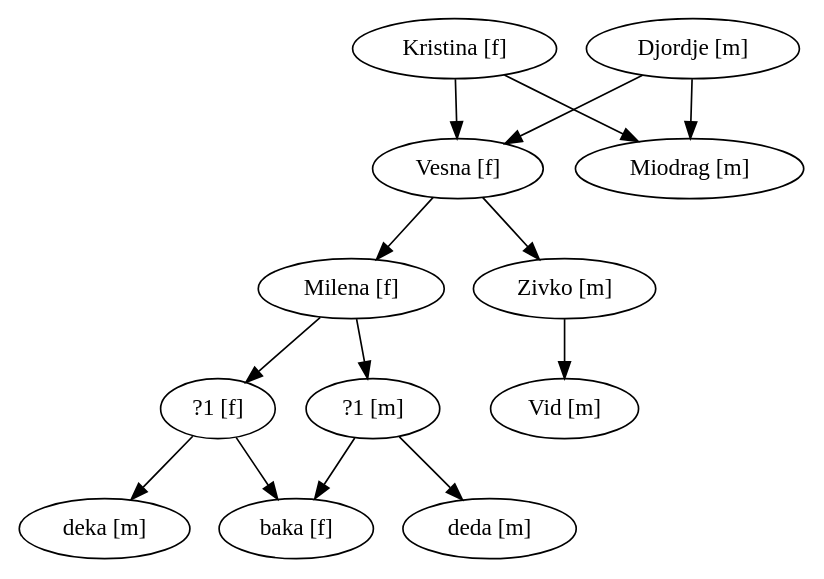
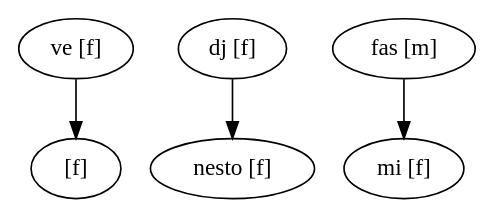
One commit to DjordjeR/esp_ass changed the diagram in stefan.dot. Above: the diagram before and after it, drawn with Graphviz. The commit also changed 47 other files, not shown here.

```diff
--- a/stefan.dot
+++ b/stefan.dot
@@ -1,22 +1,8 @@
 digraph FamilyTree
 {
-  "Kristina [f]" -> "Vesna [f]";
-  "Kristina [f]" -> "Miodrag [m]";
-  "Vesna [f]" -> "Milena [f]";
-  "Vesna [f]" -> "Zivko [m]";
-  "Miodrag [m]";
-  "Milena [f]" -> "?1 [f]";
-  "Milena [f]" -> "?1 [m]";
-  "Zivko [m]" -> "Vid [m]";
-  "?1 [f]" -> "baka [f]";
-  "?1 [f]" -> "deka [m]";
-  "Vid [m]";
-  "Djordje [m]" -> "Vesna [f]";
-  "Djordje [m]" -> "Miodrag [m]";
-  "baka [f]";
-  "deka [m]";
-  "?1 [m]" -> "baka [f]";
-  "?1 [m]" -> "deda [m]";
-  "deda [m]";
-  "baka [f]";
+  "ve [f]" -> " [f]";
+  "dj [f]" -> "nesto [f]";
+  "mi [f]";
+  "fas [m]" -> "mi [f]";
+  "nesto [f]";
 }
```
